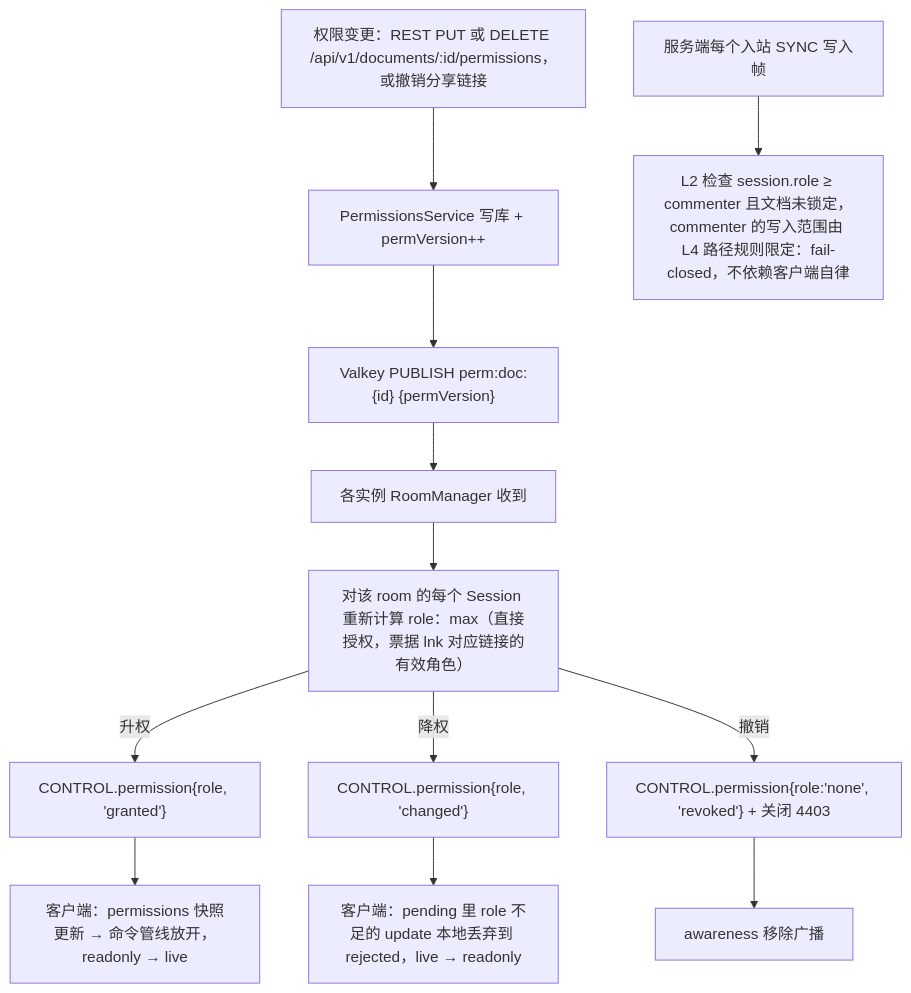
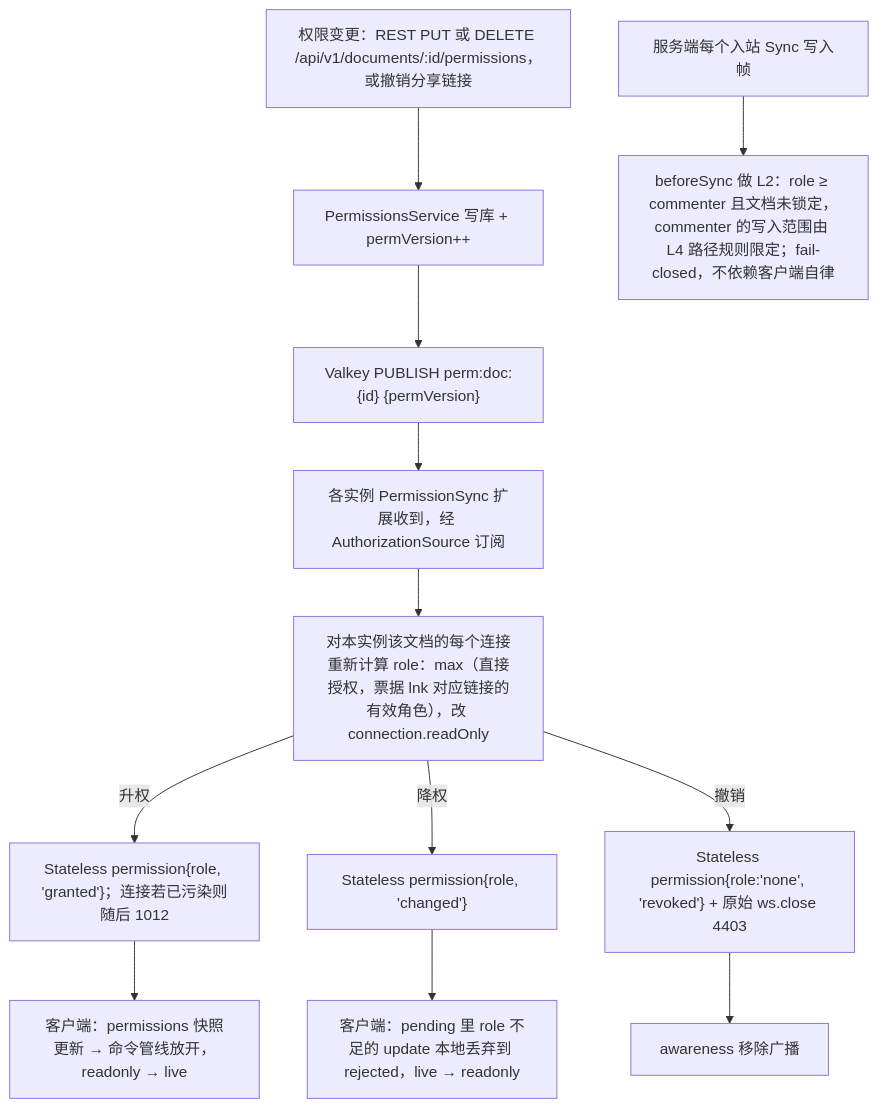
Before and after one commit to Xeonice/cordis-ppt-editor: diagram 12 of 15 in docs/30-architecture/06-collaboration.md, drawn with Mermaid. The commit also changed other lines of this file and 78 other files, not shown here.

````diff
--- a/docs/30-architecture/06-collaboration.md
+++ b/docs/30-architecture/06-collaboration.md
@@ -886,14 +909,14 @@
 ```mermaid
 flowchart TB
   patch["权限变更：REST PUT 或 DELETE /api/v1/documents/:id/permissions，或撤销分享链接"] --> svc["PermissionsService 写库 + permVersion++"]
   svc --> pub["Valkey PUBLISH perm:doc:{id} {permVersion}"]
-  pub --> rm["各实例 RoomManager 收到"]
-  rm --> recompute["对该 room 的每个 Session 重新计算 role：max（直接授权，票据 lnk 对应链接的有效角色）"]
-  recompute -- "升权" --> up["CONTROL.permission{role, 'granted'}"]
-  recompute -- "降权" --> down["CONTROL.permission{role, 'changed'}"]
-  recompute -- "撤销" --> revoke["CONTROL.permission{role:'none', 'revoked'} + 关闭 4403"]
+  pub --> rm["各实例 PermissionSync 扩展收到，经 AuthorizationSource 订阅"]
+  rm --> recompute["对本实例该文档的每个连接重新计算 role：max（直接授权，票据 lnk 对应链接的有效角色），改 connection.readOnly"]
+  recompute -- "升权" --> up["Stateless permission{role, 'granted'}；连接若已污染则随后 1012"]
+  recompute -- "降权" --> down["Stateless permission{role, 'changed'}"]
+  recompute -- "撤销" --> revoke["Stateless permission{role:'none', 'revoked'} + 原始 ws.close 4403"]
   up --> upC["客户端：permissions 快照更新 → 命令管线放开，readonly → live"]
   down --> downC["客户端：pending 里 role 不足的 update 本地丢弃到 rejected，live → readonly"]
   revoke --> revokeC["awareness 移除广播"]
-  inbound["服务端每个入站 SYNC 写入帧"] --> check["L2 检查 session.role ≥ commenter 且文档未锁定，commenter 的写入范围由 L4 路径规则限定：fail-closed，不依赖客户端自律"]
+  inbound["服务端每个入站 Sync 写入帧"] --> check["beforeSync 做 L2：role ≥ commenter 且文档未锁定，commenter 的写入范围由 L4 路径规则限定；fail-closed，不依赖客户端自律"]
 ```
````
